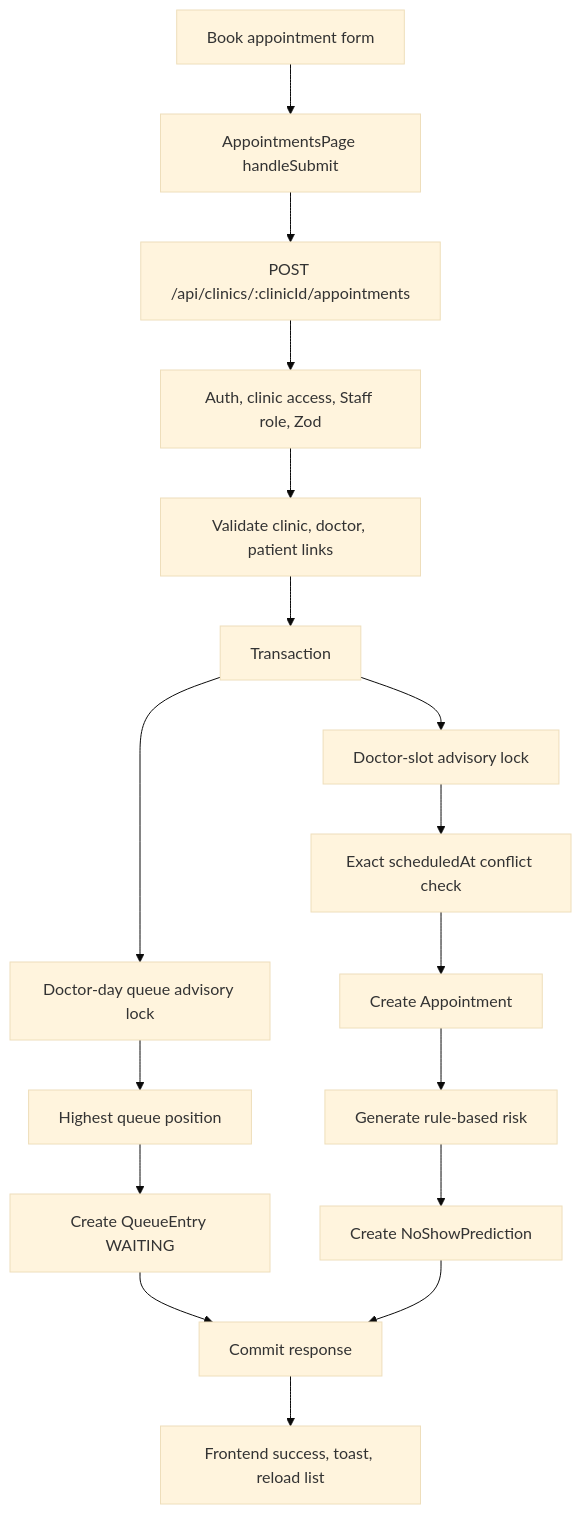
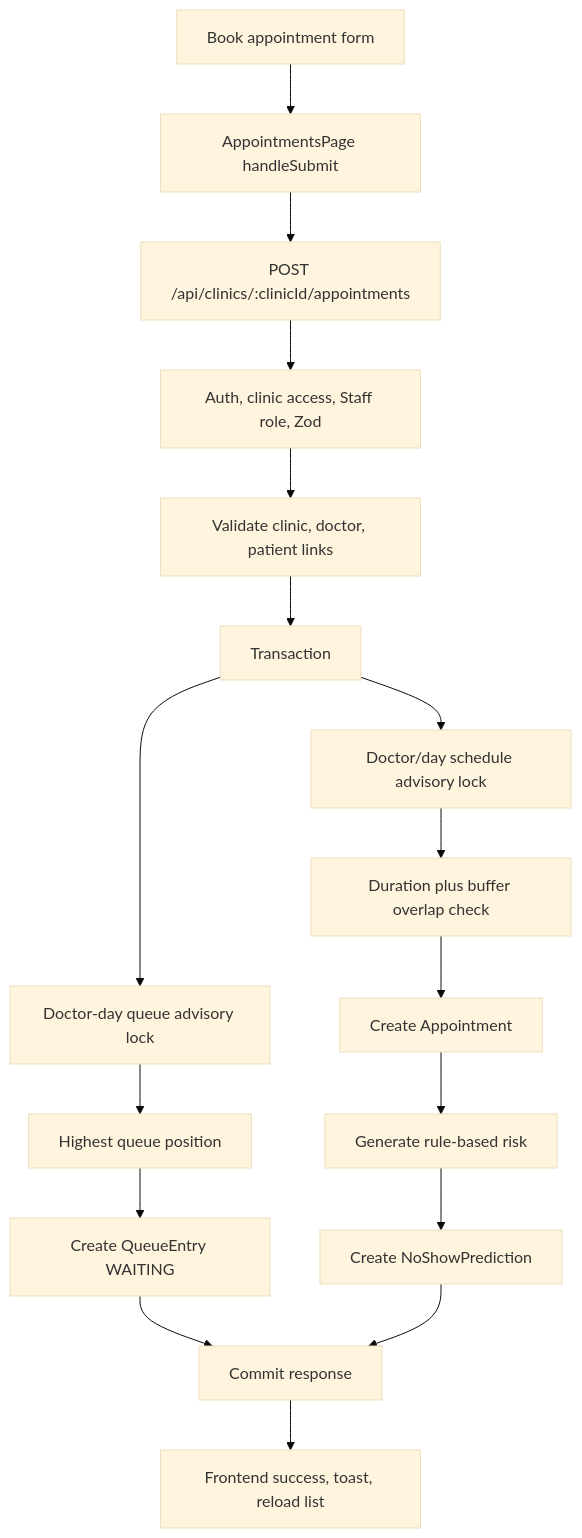
Before and after one commit to garvitsingh171/pravaah: the diagram in docs/workflows/appointment-management.md, drawn with Mermaid (base theme). The commit also changed other lines of this file and 24 other files, not shown here.

````diff
--- a/docs/workflows/appointment-management.md
+++ b/docs/workflows/appointment-management.md
@@ -279,19 +291,19 @@
 ```mermaid
 flowchart TD
     A[Book appointment form] --> B[AppointmentsPage handleSubmit]
     B --> C[POST /api/clinics/:clinicId/appointments]
     C --> D[Auth, clinic access, Staff role, Zod]
     D --> E[Validate clinic, doctor, patient links]
     E --> F[Transaction]
-    F --> G[Doctor-slot advisory lock]
+    F --> G[Doctor/day schedule advisory lock]
     F --> H[Doctor-day queue advisory lock]
-    G --> I[Exact scheduledAt conflict check]
+    G --> I[Duration plus buffer overlap check]
     H --> J[Highest queue position]
     I --> K[Create Appointment]
     J --> L[Create QueueEntry WAITING]
     K --> M[Generate rule-based risk]
     M --> N[Create NoShowPrediction]
     L --> O[Commit response]
     N --> O
     O --> P[Frontend success, toast, reload list]
 ```
````
